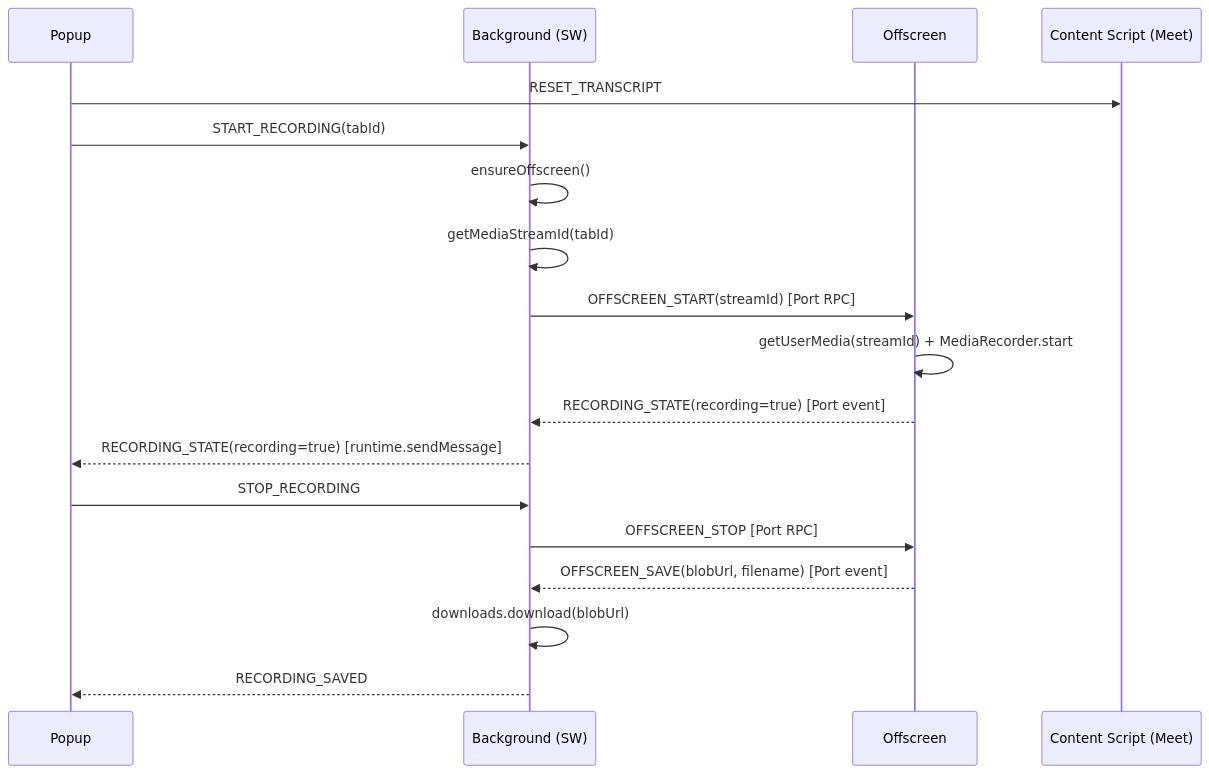
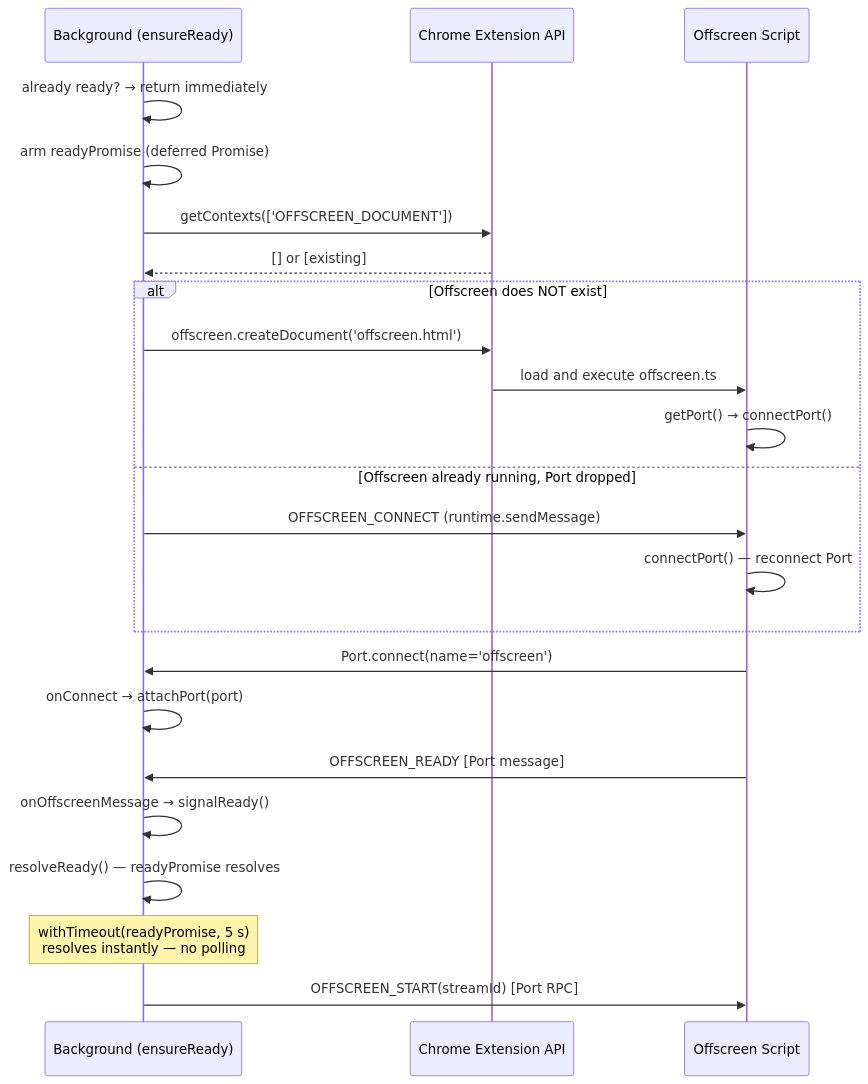
Before and after one commit to kstroevsky/chrome-meeting-recording-extension: the third of 6 diagrams in Documentation.md, drawn with Mermaid. The commit also changed other lines of this file, not shown here.

Commit message:
Docs: Add 6 UML diagrams

````diff
--- a/Documentation.md
+++ b/Documentation.md
@@ -47,22 +146,31 @@
 ```mermaid
 sequenceDiagram
-  participant P as Popup
-  participant B as Background (SW)
-  participant O as Offscreen
-  participant C as Content Script (Meet)
+    participant B as Background (ensureReady)
+    participant Ext as Chrome Extension API
+    participant O as Offscreen Script
 
-  P->>C: RESET_TRANSCRIPT
-  P->>B: START_RECORDING(tabId)
-  B->>B: ensureOffscreen()
-  B->>B: getMediaStreamId(tabId)
-  B->>O: OFFSCREEN_START(streamId) [Port RPC]
-  O->>O: getUserMedia(streamId) + MediaRecorder.start
-  O-->>B: RECORDING_STATE(recording=true) [Port event]
-  B-->>P: RECORDING_STATE(recording=true) [runtime.sendMessage]
+    B->>B: already ready? → return immediately
+    B->>B: arm readyPromise (deferred Promise)
 
-  P->>B: STOP_RECORDING
-  B->>O: OFFSCREEN_STOP [Port RPC]
-  O-->>B: OFFSCREEN_SAVE(blobUrl, filename) [Port event]
-  B->>B: downloads.download(blobUrl)
-  B-->>P: RECORDING_SAVED
+    B->>Ext: getContexts(['OFFSCREEN_DOCUMENT'])
+    Ext-->>B: [] or [existing]
+
+    alt Offscreen does NOT exist
+        B->>Ext: offscreen.createDocument('offscreen.html')
+        Ext->>O: load and execute offscreen.ts
+        O->>O: getPort() → connectPort()
+    else Offscreen already running, Port dropped
+        B->>O: OFFSCREEN_CONNECT (runtime.sendMessage)
+        O->>O: connectPort() — reconnect Port
+    end
+
+    O->>B: Port.connect(name='offscreen')
+    B->>B: onConnect → attachPort(port)
+    O->>B: OFFSCREEN_READY [Port message]
+    B->>B: onOffscreenMessage → signalReady()
+    B->>B: resolveReady() — readyPromise resolves
+
+    Note over B: withTimeout(readyPromise, 5 s)<br/>resolves instantly — no polling
+
+    B->>O: OFFSCREEN_START(streamId) [Port RPC]
 ```
````
